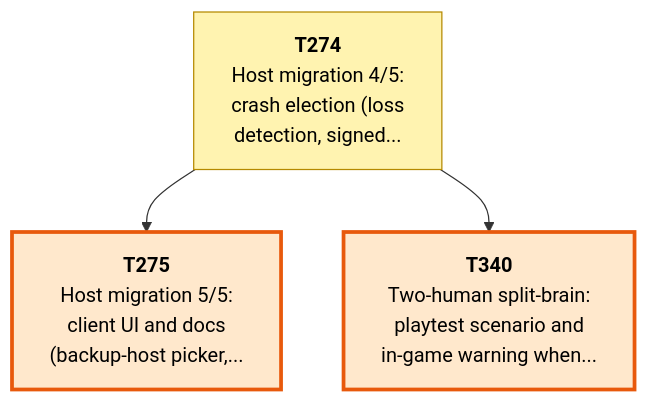
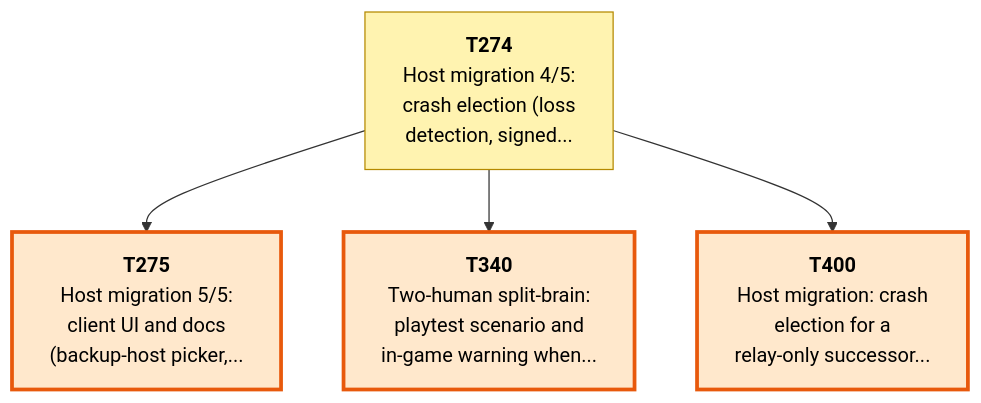
One commit to Kenmura/UncivSharp changed the first of 5 diagrams in csharp/migration/DEPENDENCY_MAP.md. Above: the diagram before and after it, drawn with Mermaid. The commit also changed other lines of this file and 1 other file, not shown here.

Commit message:
migration: file T400, T274 notes

````diff
--- a/csharp/migration/DEPENDENCY_MAP.md
+++ b/csharp/migration/DEPENDENCY_MAP.md
@@ -54,18 +55,21 @@
 ```mermaid
 flowchart TD
   T274["<b>T274</b><br/>Host migration 4/5:<br/>crash election (loss<br/>detection, signed..."]
   T275["<b>T275</b><br/>Host migration 5/5:<br/>client UI and docs<br/>(backup-host picker,..."]
   T340["<b>T340</b><br/>Two-human split-brain:<br/>playtest scenario and<br/>in-game warning when..."]
+  T400["<b>T400</b><br/>Host migration: crash<br/>election for a<br/>relay-only successor..."]
   T274 --> T275
   T274 --> T340
+  T274 --> T400
   classDef waiting fill:#f3faf3,stroke:#9bc49b,color:#555,stroke-dasharray:2 2
   classDef ondeck fill:#ffe8cc,stroke:#e8590c,stroke-width:3px,color:#000
   classDef ready fill:#7ee787,stroke:#1a7f37,stroke-width:3px,color:#000
   classDef prog fill:#fff3b0,stroke:#b58900,color:#000
   classDef review fill:#cfe4ff,stroke:#1f6feb,color:#000
   classDef blocked fill:#ffd6d6,stroke:#c62828,color:#000
   classDef done fill:#eeeeee,stroke:#999999,color:#666,stroke-dasharray:4 3
   class T274 prog
   class T275 ondeck
   class T340 ondeck
+  class T400 ondeck
 ```
````
